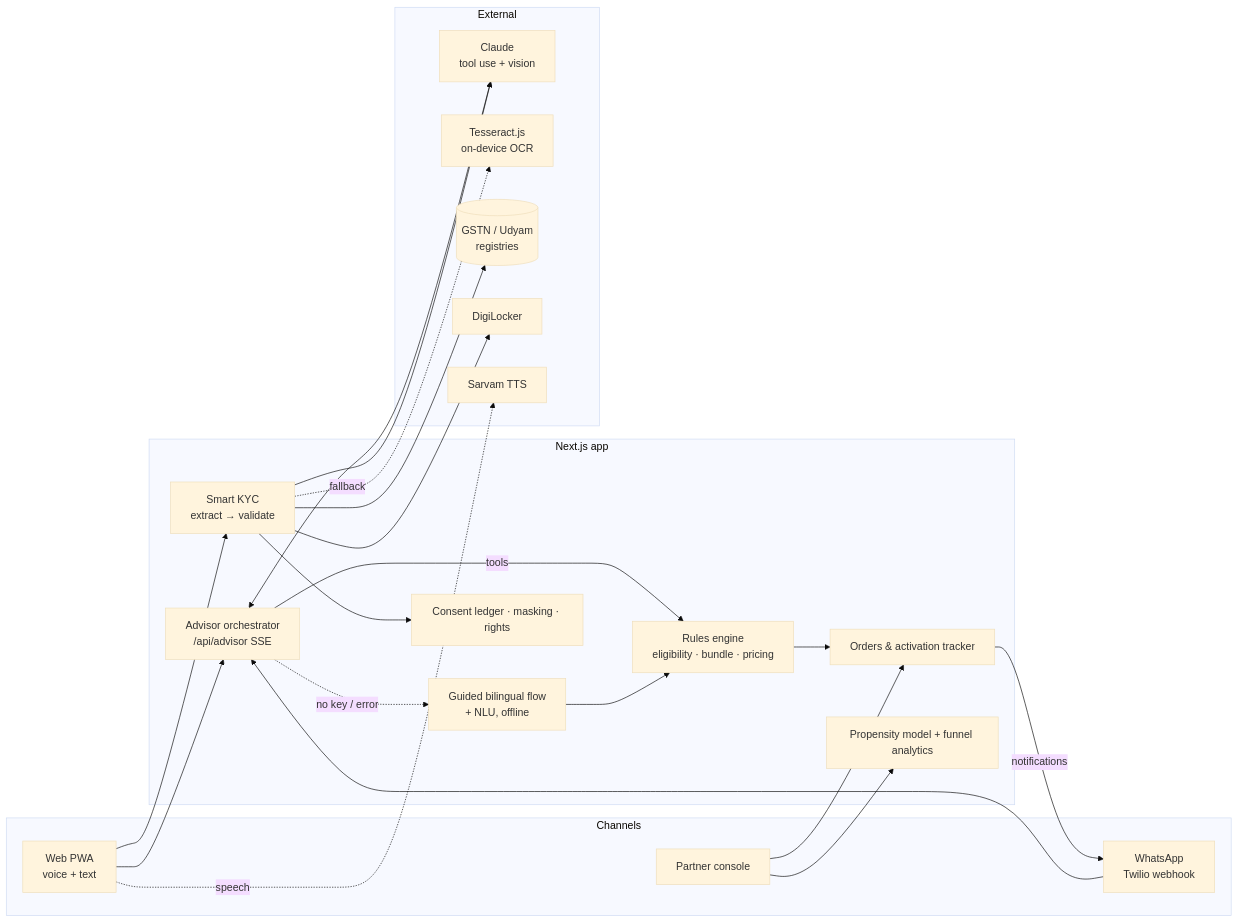
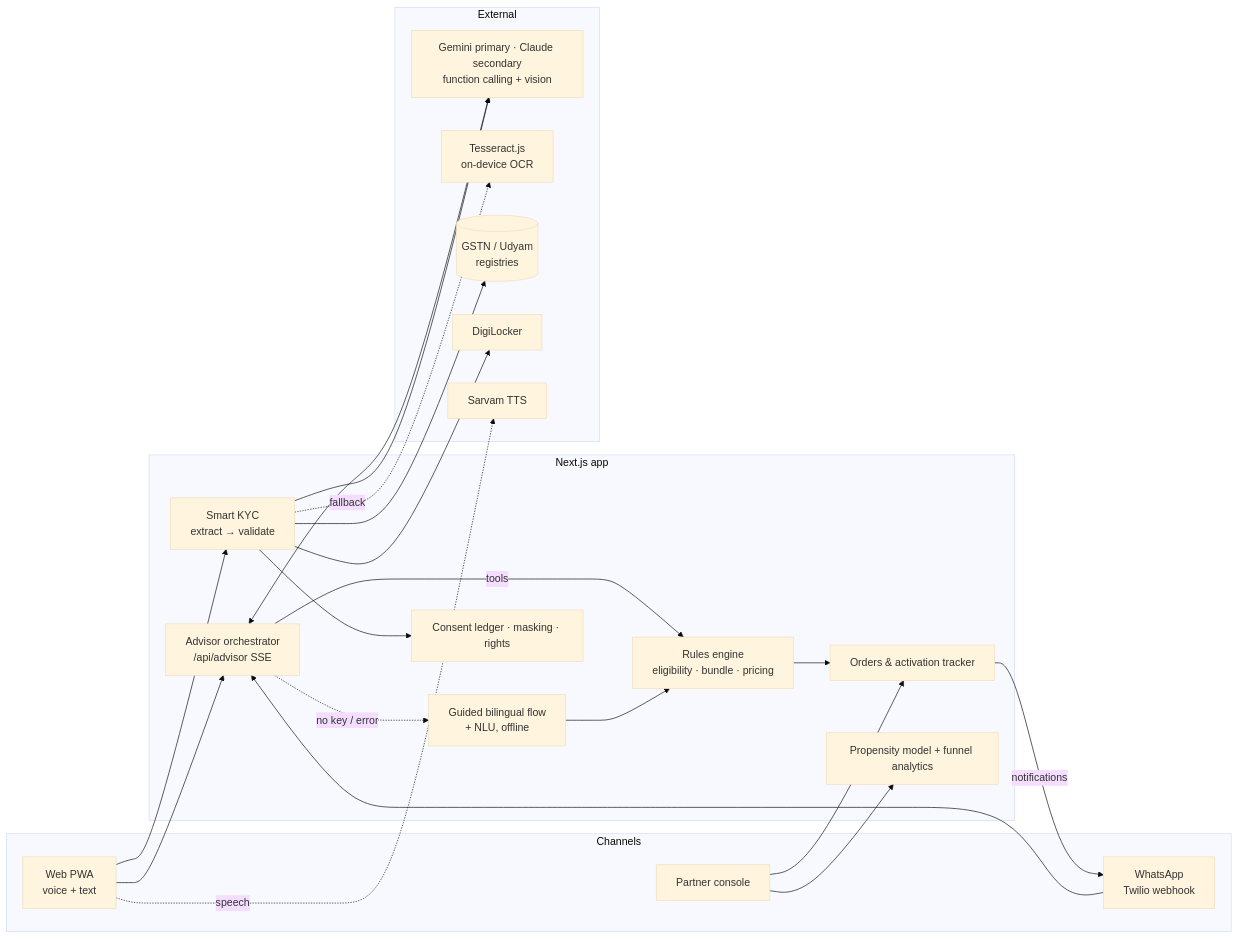
Before and after one commit to perrysolid/AIRTEL-SYNC: the diagram in docs/architecture.md, drawn with Mermaid (base theme). The commit also changed other lines of this file and 9 other files, not shown here.

Commit message:
Gemini as primary GenAI provider (function-calling advisor, vision KYC) with Claude secondary and auto-pause on billing/quota errors

````diff
--- a/docs/architecture.md
+++ b/docs/architecture.md
@@ -3,43 +3,43 @@
 ```mermaid
 flowchart LR
   subgraph Channels
     W[Web PWA<br/>voice + text]
     WA[WhatsApp<br/>Twilio webhook]
     P[Partner console]
   end
 
   subgraph Next.js app
     ADV[Advisor orchestrator<br/>/api/advisor SSE]
     G[Guided bilingual flow<br/>+ NLU, offline]
     RULES[Rules engine<br/>eligibility · bundle · pricing]
     KYC[Smart KYC<br/>extract → validate]
     ORD[Orders & activation tracker]
     PRIV[Consent ledger · masking · rights]
     AN[Propensity model + funnel analytics]
   end
 
   subgraph External
-    C[Claude<br/>tool use + vision]
+    C[Gemini primary · Claude secondary<br/>function calling + vision]
     T[Tesseract.js<br/>on-device OCR]
     REG[(GSTN / Udyam<br/>registries)]
     DL[DigiLocker]
     S[Sarvam TTS]
   end
 
   W --> ADV
   WA --> ADV
   ADV -- tools --> RULES
   ADV <--> C
   ADV -. no key / error .-> G --> RULES
   W --> KYC
   KYC --> C
   KYC -. fallback .-> T
   KYC --> REG
   KYC --> DL
   KYC --> PRIV
   RULES --> ORD
   ORD -- notifications --> WA
   P --> AN
   P --> ORD
   W -. speech .-> S
 ```
````
